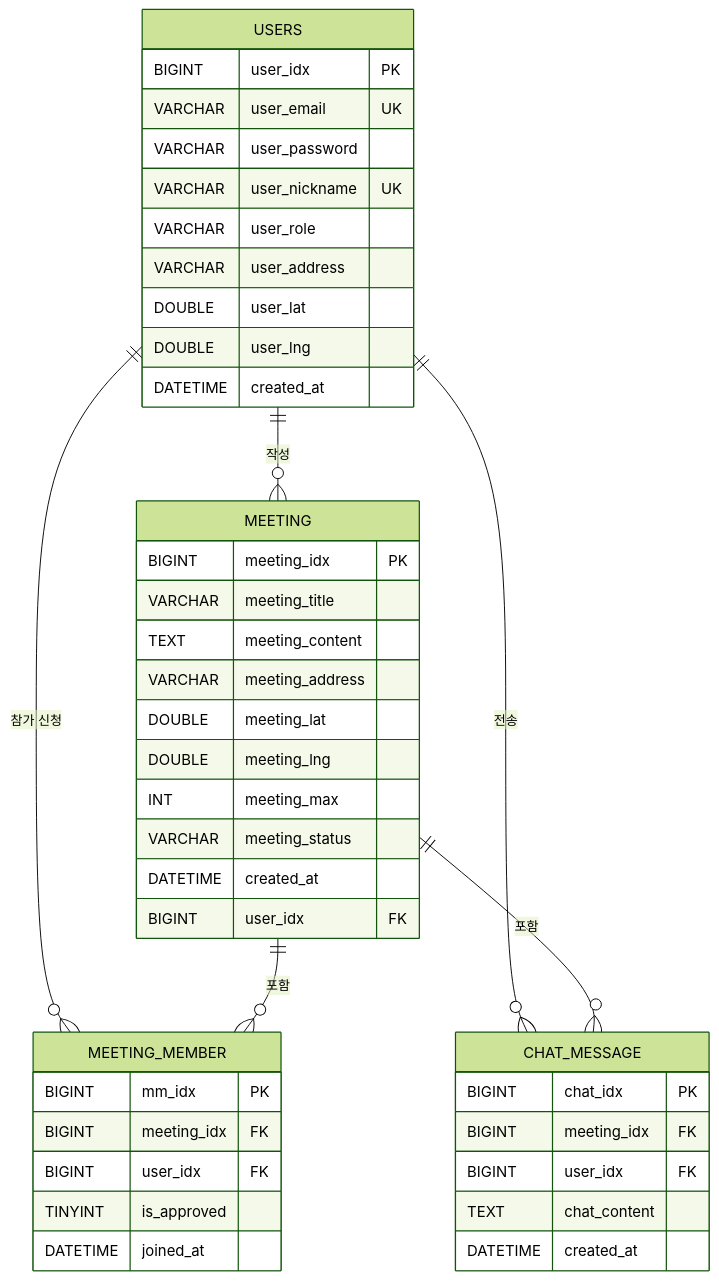
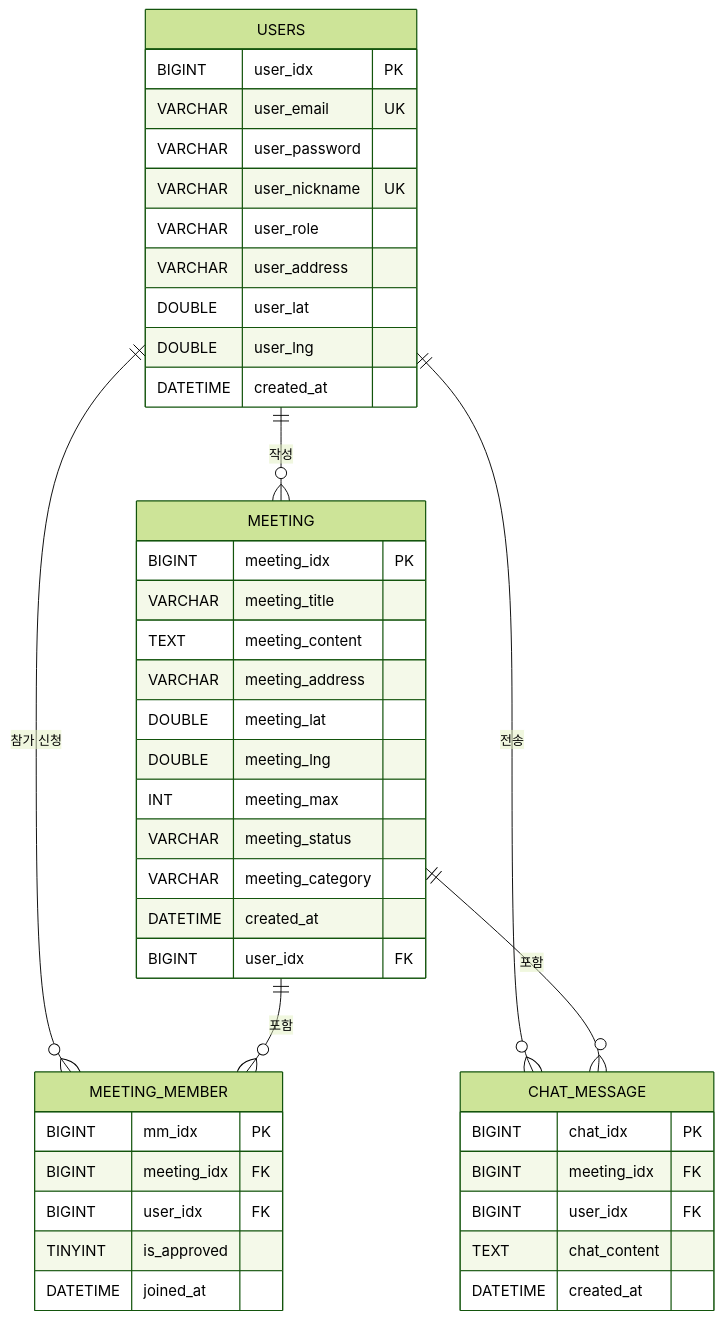
The diagram in README.md (KimTaehyeok01/localmeet), drawn with Mermaid (forest theme) before and after one commit. The commit also changed other lines of this file, not shown here.

````diff
--- a/README.md
+++ b/README.md
@@ -255,49 +277,50 @@
 ```mermaid
 erDiagram
     USERS {
         BIGINT user_idx PK
         VARCHAR user_email UK
         VARCHAR user_password
         VARCHAR user_nickname UK
         VARCHAR user_role
         VARCHAR user_address
         DOUBLE user_lat
         DOUBLE user_lng
         DATETIME created_at
     }
 
     MEETING {
         BIGINT meeting_idx PK
         VARCHAR meeting_title
         TEXT meeting_content
         VARCHAR meeting_address
         DOUBLE meeting_lat
         DOUBLE meeting_lng
         INT meeting_max
         VARCHAR meeting_status
+        VARCHAR meeting_category
         DATETIME created_at
         BIGINT user_idx FK
     }
 
     MEETING_MEMBER {
         BIGINT mm_idx PK
         BIGINT meeting_idx FK
         BIGINT user_idx FK
         TINYINT is_approved
         DATETIME joined_at
     }
 
     CHAT_MESSAGE {
         BIGINT chat_idx PK
         BIGINT meeting_idx FK
         BIGINT user_idx FK
         TEXT chat_content
         DATETIME created_at
     }
 
     USERS ||--o{ MEETING : "작성"
     USERS ||--o{ MEETING_MEMBER : "참가 신청"
     USERS ||--o{ CHAT_MESSAGE : "전송"
     MEETING ||--o{ MEETING_MEMBER : "포함"
     MEETING ||--o{ CHAT_MESSAGE : "포함"
 ```
````
